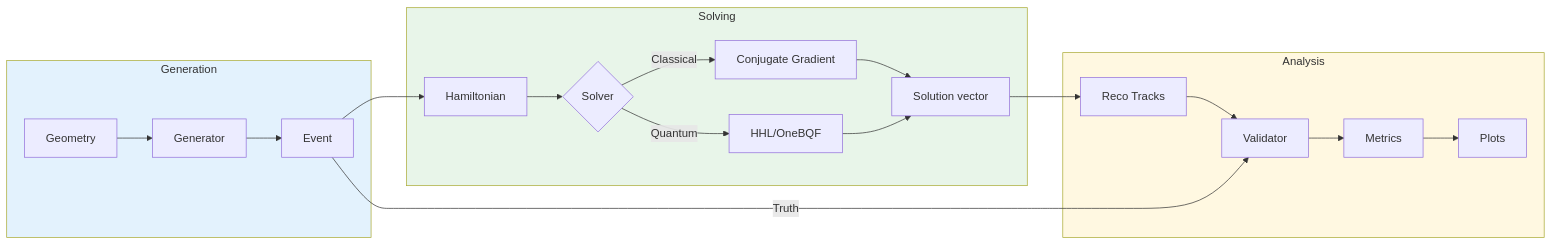
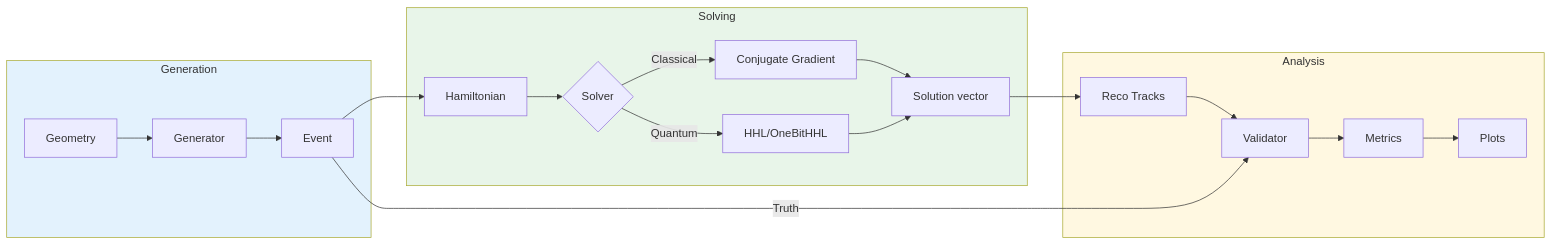
Before and after one commit to GeorgeWilliam1999/LHCb_VeLo_Toy_Model: the diagram in docs/index.md, drawn with Mermaid. The commit also changed other lines of this file and 11 other files, not shown here.

````diff
--- a/docs/index.md
+++ b/docs/index.md
@@ -144,28 +144,28 @@
 ```mermaid
 graph LR
     subgraph Generation
         G[Geometry] --> GEN[Generator]
         GEN --> E[Event]
     end
     
     subgraph Solving
         E --> H[Hamiltonian]
         H --> S{Solver}
         S --> |Classical| CG[Conjugate Gradient]
-        S --> |Quantum| HHL[HHL/OneBQF]
+        S --> |Quantum| HHL[HHL/OneBitHHL]
         CG --> X[Solution vector]
         HHL --> X
     end
     
     subgraph Analysis
         X --> R[Reco Tracks]
         R --> V[Validator]
         E --> |Truth| V
         V --> M[Metrics]
         M --> P[Plots]
     end
     
     style Generation fill:#e3f2fd
     style Solving fill:#e8f5e9
     style Analysis fill:#fff8e1
 ```
````
